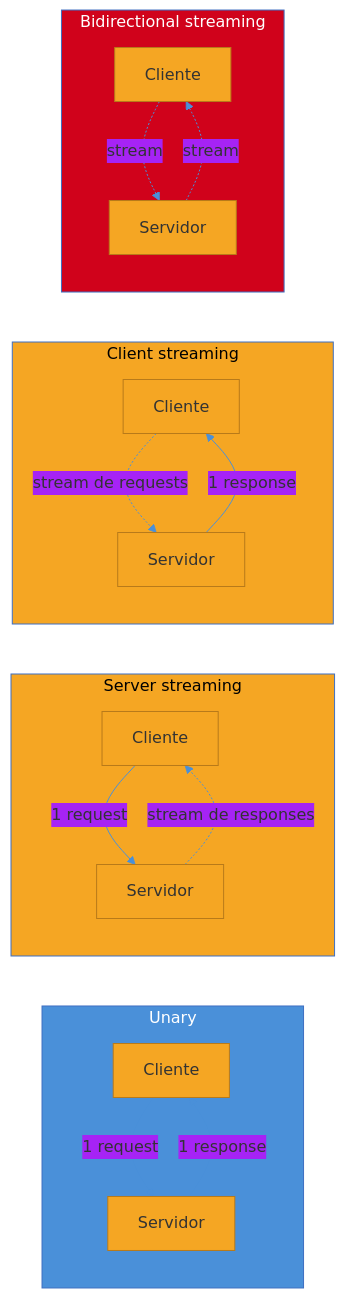
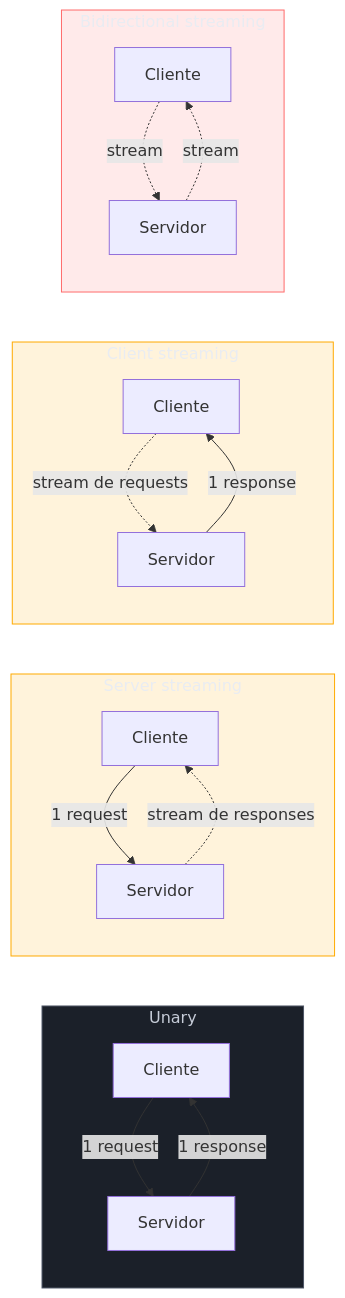
The second of 4 diagrams in 03-Dominios/Engenharia/Comunicação entre Sistemas/2 - Comunicação síncrona/05 - gRPC — Protobuf, HTTP2 e streaming.md (josenaldo/codex-technomanticus), drawn with Mermaid before and after one commit. The commit also changed other lines of this file and 1181 other files, not shown here.

First line of the commit message:
fix(diagramas): paleta do sistema no lugar de cor cravada no markdown

````diff
--- a/03-Dominios/Engenharia/Comunicação entre Sistemas/2 - Comunicação síncrona/05 - gRPC — Protobuf, HTTP2 e streaming.md
+++ b/03-Dominios/Engenharia/Comunicação entre Sistemas/2 - Comunicação síncrona/05 - gRPC — Protobuf, HTTP2 e streaming.md
@@ -103,24 +104,26 @@
 ```mermaid
-%%{init: {"theme": "base", "themeVariables": {"primaryColor": "#F5A623", "primaryBorderColor": "#B87A1A", "lineColor": "#4A90D9"}}}%%
 graph LR
+    classDef neutro fill:#1B2029,stroke:#4E5666,color:#C6CCD8
+    classDef destaque fill:#FFAA0024,stroke:#FFAA00,color:#E9ECF2
+    classDef falha fill:#FF6B6B24,stroke:#FF6B6B,color:#E9ECF2
     subgraph U["Unary"]
         U1["Cliente"] -->|"1 request"| U2["Servidor"]
         U2 -->|"1 response"| U1
     end
     subgraph SS["Server streaming"]
         S1["Cliente"] -->|"1 request"| S2["Servidor"]
         S2 -.->|"stream de responses"| S1
     end
     subgraph CS["Client streaming"]
         C1["Cliente"] -.->|"stream de requests"| C2["Servidor"]
         C2 -->|"1 response"| C1
     end
     subgraph BD["Bidirectional streaming"]
         B1["Cliente"] -.->|"stream"| B2["Servidor"]
         B2 -.->|"stream"| B1
     end
-    style U fill:#4A90D9,color:#fff
-    style SS fill:#F5A623,color:#000
-    style CS fill:#F5A623,color:#000
-    style BD fill:#D0021B,color:#fff
+    class U neutro
+    class SS destaque
+    class CS destaque
+    class BD falha
 ```
````
